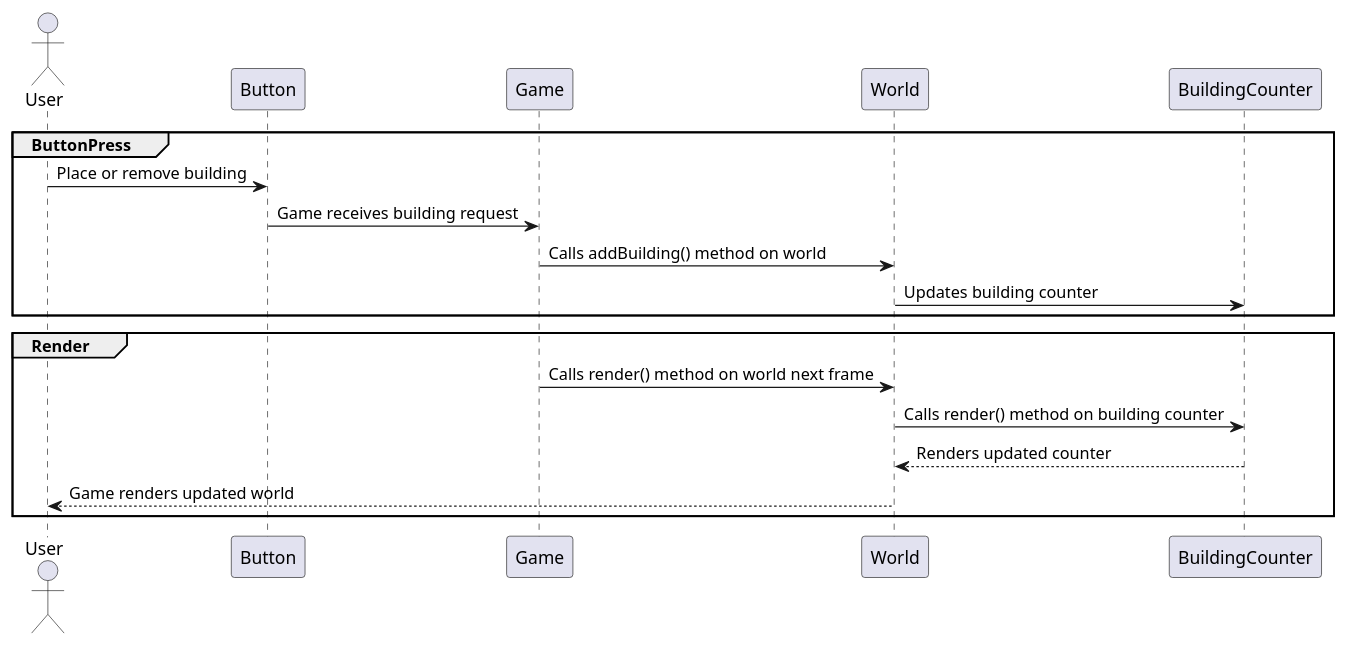
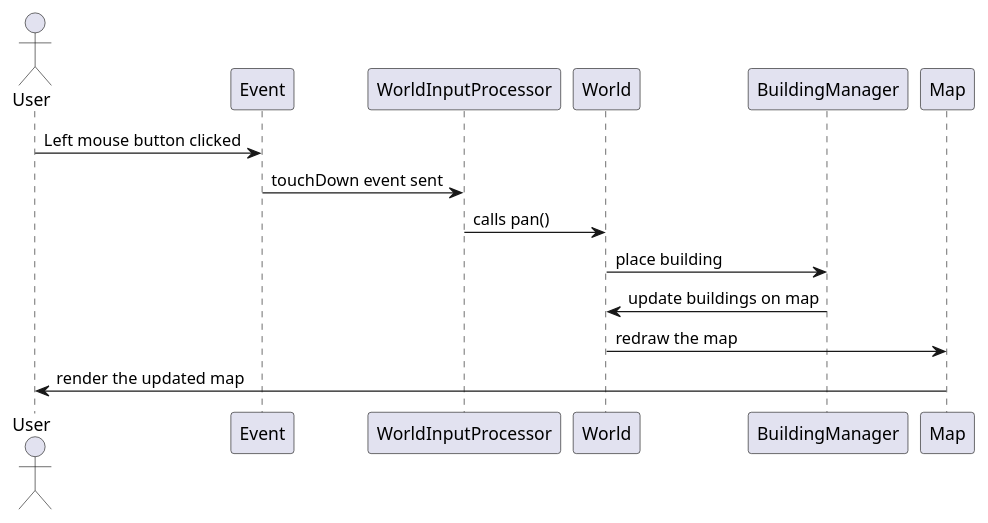
Before and after one commit to y111studios/9-unisim-fork: the diagram in docs/diagrams/src/placeBuilding.puml, drawn with PlantUML.

Commit message:
Updated placeBuilding diagram

```diff
--- a/docs/diagrams/src/placeBuilding.puml
+++ b/docs/diagrams/src/placeBuilding.puml
@@ -1,15 +1,12 @@
-@startuml Place Building
+@startuml Traverse Map
+
 actor User
-Group ButtonPress
-User -> Button: Place or remove building
-Button -> Game: Game receives building request
-Game -> World: Calls addBuilding() method on world
-World -> BuildingCounter: Updates building counter
-end
-Group Render
-Game -> World: Calls render() method on world next frame
-World -> BuildingCounter: Calls render() method on building counter
-World <-- BuildingCounter: Renders updated counter
-User <-- World: Game renders updated world
-end
+User -> Event: Left mouse button clicked
+Event -> WorldInputProcessor: touchDown event sent
+WorldInputProcessor -> World: calls pan()
+World -> BuildingManager: place building
+World <- BuildingManager: update buildings on map
+World -> Map: redraw the map
+Map -> User: render the updated map
+
 @enduml
```
